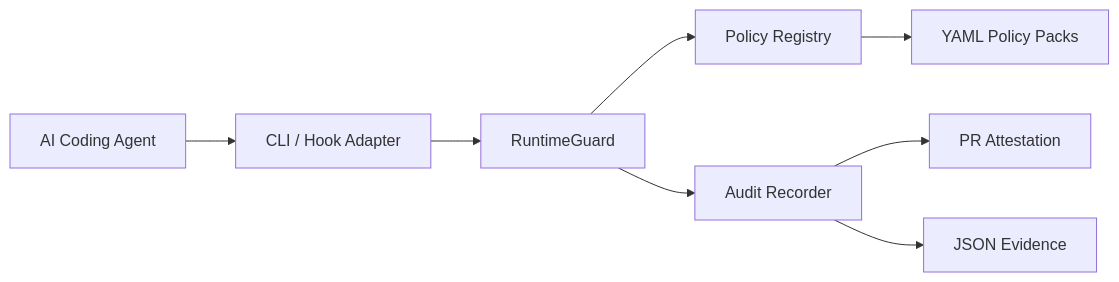
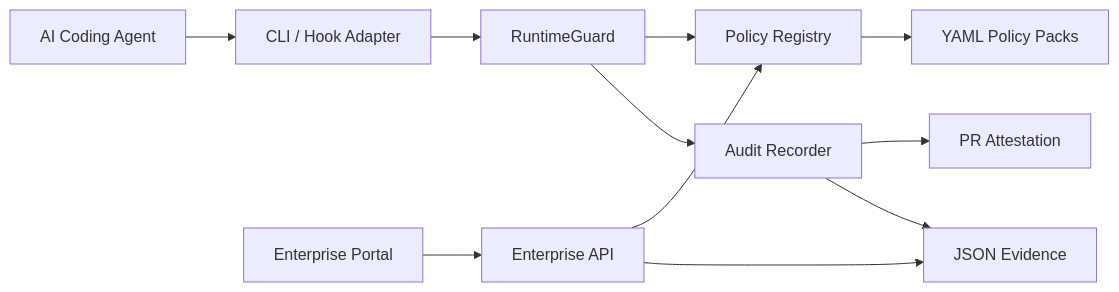
Before and after one commit to Huzefaaa2/terraguard-agentshield: the second of 2 diagrams in docs/wiki/C4-Model.md, drawn with Mermaid. The commit also changed other lines of this file and 17 other files, not shown here.

Commit message:
Add enterprise policy inspection API

````diff
--- a/docs/wiki/C4-Model.md
+++ b/docs/wiki/C4-Model.md
@@ -25,10 +27,13 @@
 ```mermaid
 flowchart LR
     Agent[AI Coding Agent] --> CLI[CLI / Hook Adapter]
+    Portal[Enterprise Portal] --> API[Enterprise API]
     CLI --> Guard[RuntimeGuard]
+    API --> Registry
+    API --> JSON
     Guard --> Registry[Policy Registry]
     Registry --> Packs[YAML Policy Packs]
     Guard --> Audit[Audit Recorder]
     Audit --> PR[PR Attestation]
     Audit --> JSON[JSON Evidence]
 ```
````
